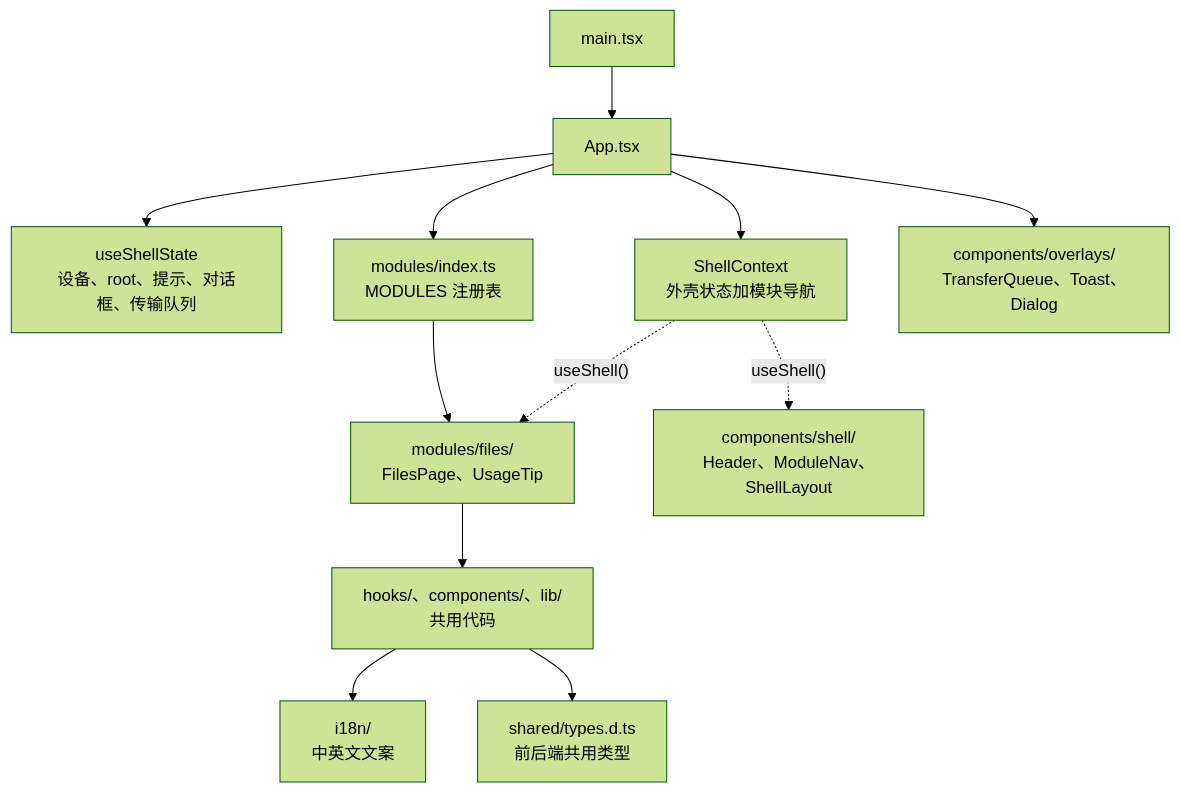
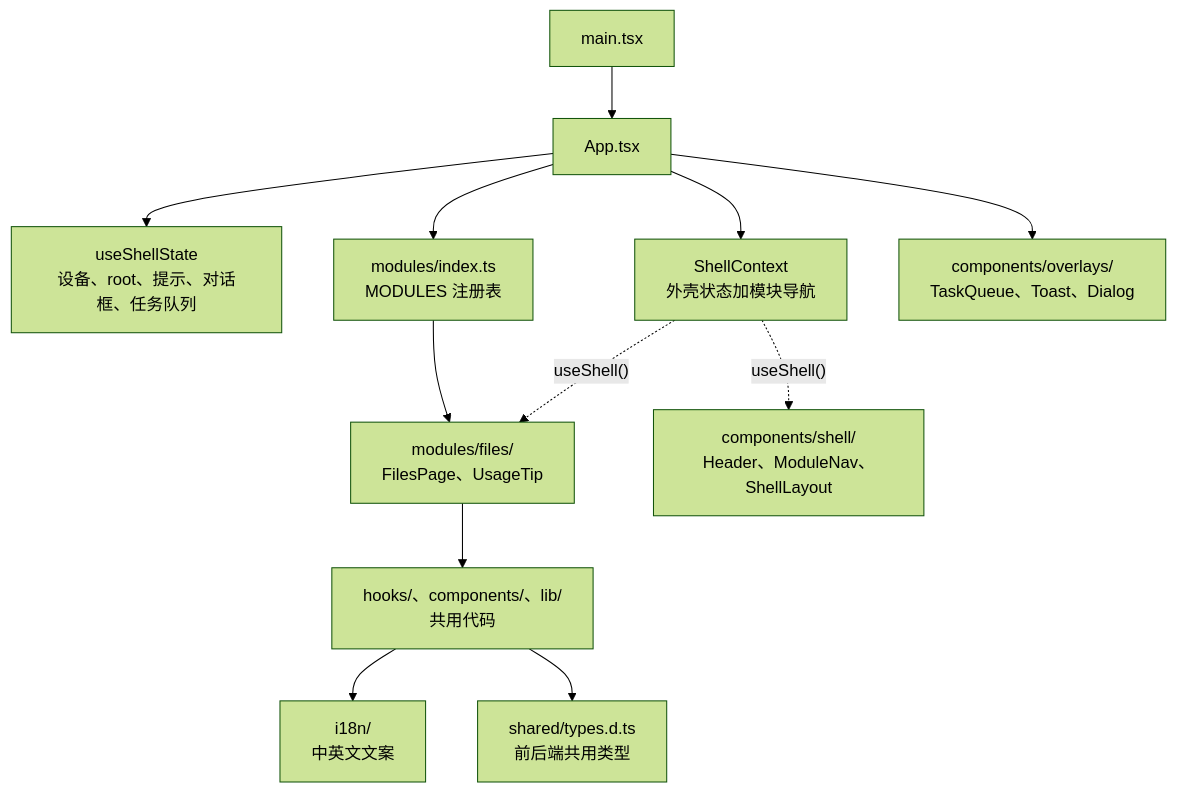
Before and after one commit to wynnyu/adb-file-manager: the fifth of 12 diagrams in docs/architecture.md, drawn with Mermaid (forest theme). The commit also changed other lines of this file and 20 other files, not shown here.

Commit message:
Rename the transfer queue to a generic task queue

````diff
--- a/docs/architecture.md
+++ b/docs/architecture.md
@@ -141,14 +141,14 @@
 ```mermaid
 flowchart TB
   main["main.tsx"] --> App["App.tsx"]
-  App --> state["useShellState<br/>设备、root、提示、对话框、传输队列"]
+  App --> state["useShellState<br/>设备、root、提示、对话框、任务队列"]
   App --> ctx["ShellContext<br/>外壳状态加模块导航"]
   App --> registry["modules/index.ts<br/>MODULES 注册表"]
   registry --> files["modules/files/<br/>FilesPage、UsageTip"]
   ctx -. "useShell()" .-> files
   ctx -. "useShell()" .-> shellui["components/shell/<br/>Header、ModuleNav、ShellLayout"]
-  App --> overlays["components/overlays/<br/>TransferQueue、Toast、Dialog"]
+  App --> overlays["components/overlays/<br/>TaskQueue、Toast、Dialog"]
   files --> shared["hooks/、components/、lib/<br/>共用代码"]
   shared --> i18n["i18n/<br/>中英文文案"]
   shared --> shared_types["shared/types.d.ts<br/>前后端共用类型"]
 ```
````
